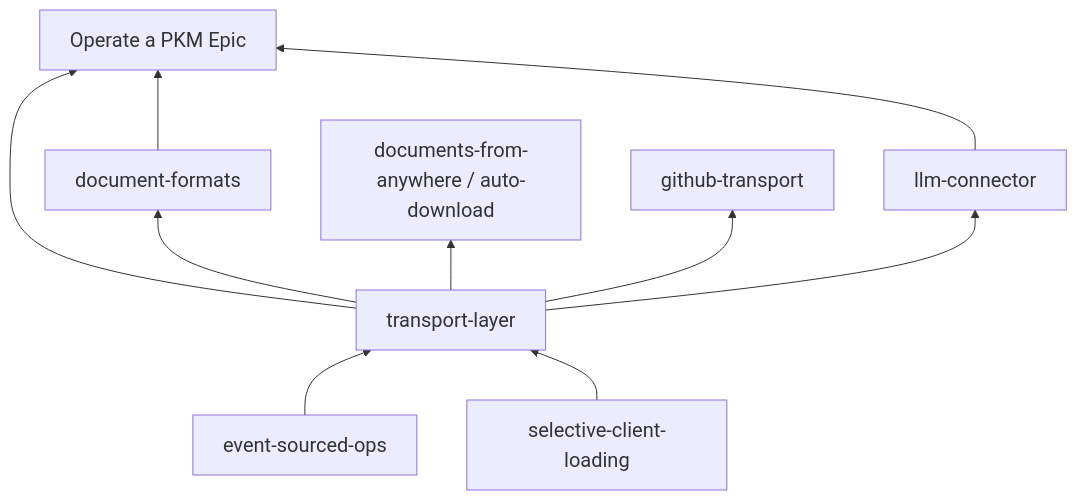
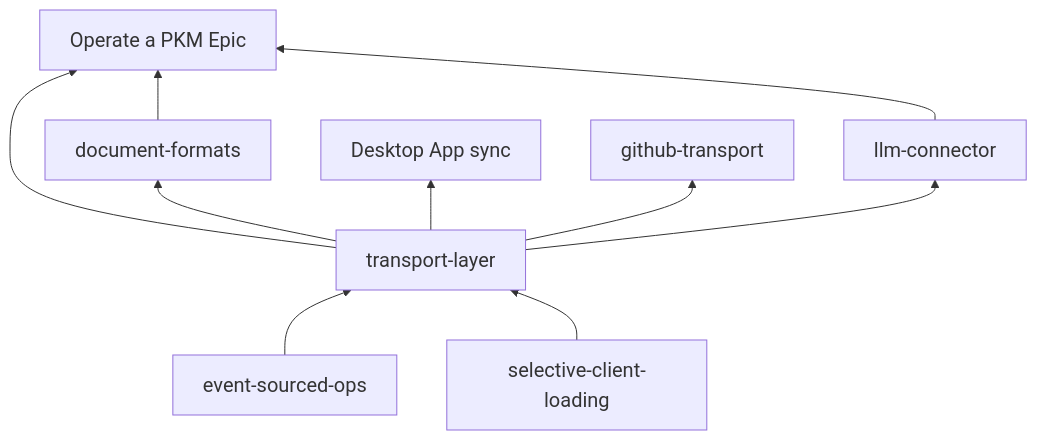
One commit to abaljeu/ambit changed the diagram in plan/transport-layer/map.md. Above: the diagram before and after it, drawn with Mermaid. The commit also changed other lines of this file and 15 other files, not shown here.

First line of the commit message:
Name the disk WebDAV beat Desktop App sync

````diff
--- a/plan/transport-layer/map.md
+++ b/plan/transport-layer/map.md
@@ -25,22 +25,22 @@
 ```mermaid
 %%{init: {'themeVariables': {'fontSize': '20px'}}}%%
 flowchart BT
   ESO[event-sourced-ops]
   TL[transport-layer]
   DF[document-formats]
   LLM[llm-connector]
   SCL[selective-client-loading]
-  DISK[documents-from-anywhere / auto-download]
+  DISK[Desktop App sync]
   GH[github-transport]
   PKM[Operate a PKM Epic]
 
   ESO --> TL
   TL --> DF
   TL --> LLM
   TL --> DISK
   TL --> GH
   SCL --> TL
   TL --> PKM
   DF --> PKM
   LLM --> PKM
 ```
````
